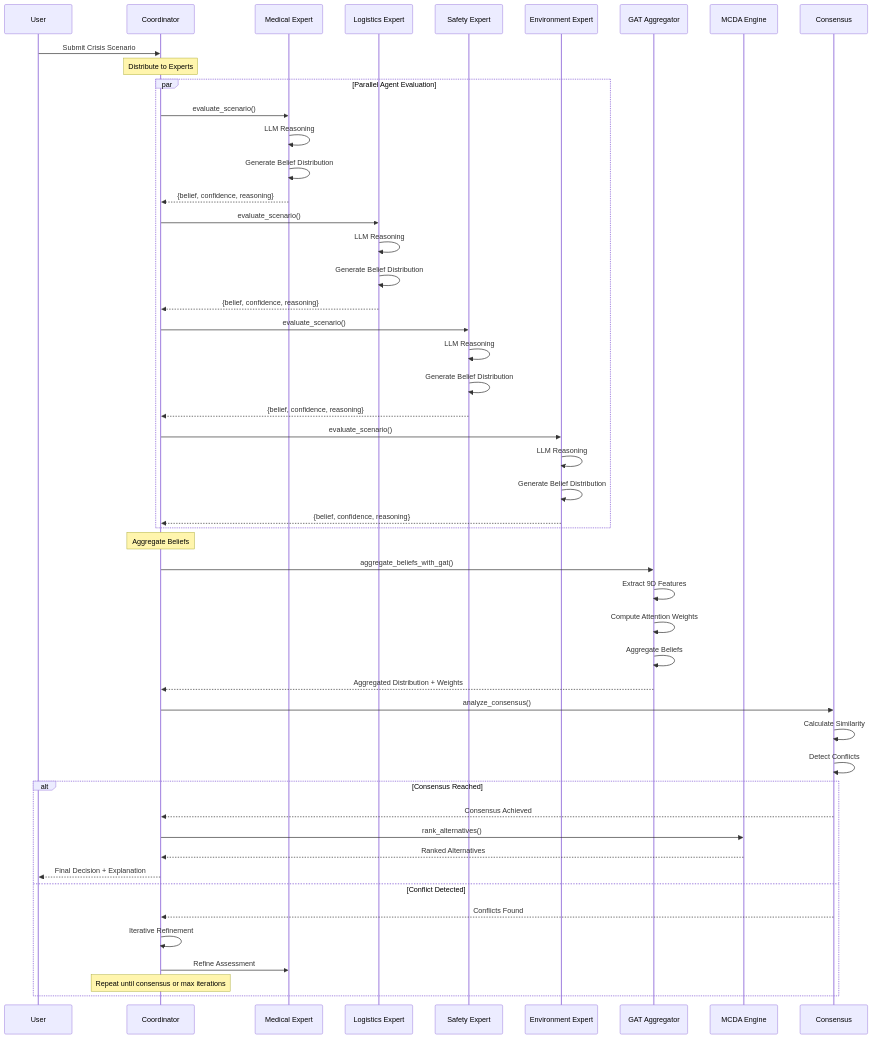
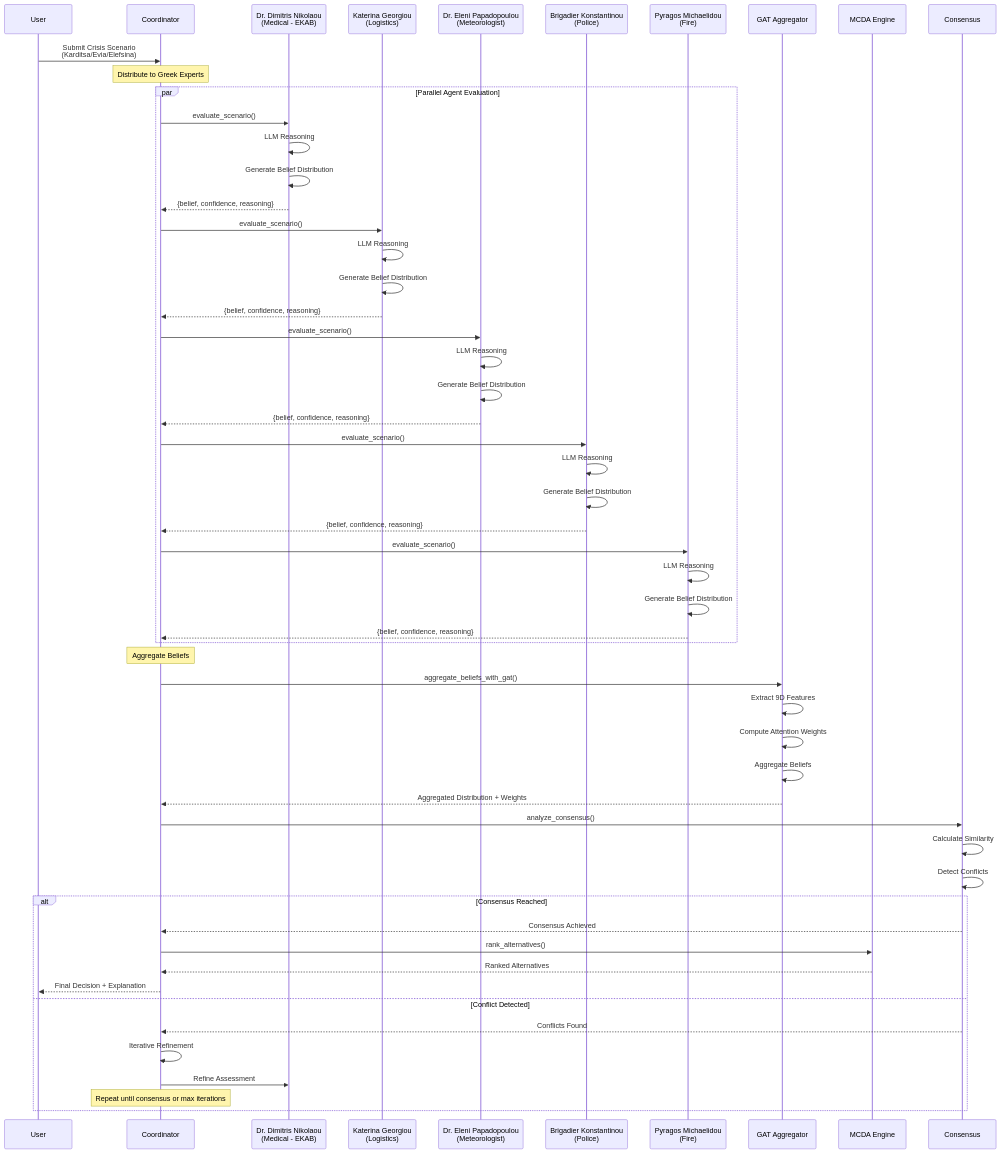
One commit to kerbgr/crisis_mas_poc changed the second of 12 diagrams in ARCHITECTURE_DIAGRAMS.md. Above: the diagram before and after it, drawn with Mermaid. The commit also changed other lines of this file, not shown here.

Commit message:
Update architecture diagrams with 13 Greek experts and Greek crisis scenarios

````diff
--- a/ARCHITECTURE_DIAGRAMS.md
+++ b/ARCHITECTURE_DIAGRAMS.md
@@ -92,62 +95,68 @@
 ```mermaid
 sequenceDiagram
     participant User
     participant Coordinator
-    participant Medical as Medical Expert
-    participant Logistics as Logistics Expert
-    participant Safety as Safety Expert
-    participant Environment as Environment Expert
+    participant Medical as Dr. Dimitris Nikolaou<br/>(Medical - EKAB)
+    participant Logistics as Katerina Georgiou<br/>(Logistics)
+    participant Meteo as Dr. Eleni Papadopoulou<br/>(Meteorologist)
+    participant Police as Brigadier Konstantinou<br/>(Police)
+    participant Fire as Pyragos Michaelidou<br/>(Fire)
     participant GAT as GAT Aggregator
     participant MCDA as MCDA Engine
     participant Consensus
 
-    User->>Coordinator: Submit Crisis Scenario
+    User->>Coordinator: Submit Crisis Scenario<br/>(Karditsa/Evia/Elefsina)
 
-    Note over Coordinator: Distribute to Experts
+    Note over Coordinator: Distribute to Greek Experts
 
     par Parallel Agent Evaluation
         Coordinator->>Medical: evaluate_scenario()
         Medical->>Medical: LLM Reasoning
         Medical->>Medical: Generate Belief Distribution
         Medical-->>Coordinator: {belief, confidence, reasoning}
 
         Coordinator->>Logistics: evaluate_scenario()
         Logistics->>Logistics: LLM Reasoning
         Logistics->>Logistics: Generate Belief Distribution
         Logistics-->>Coordinator: {belief, confidence, reasoning}
 
-        Coordinator->>Safety: evaluate_scenario()
-        Safety->>Safety: LLM Reasoning
-        Safety->>Safety: Generate Belief Distribution
-        Safety-->>Coordinator: {belief, confidence, reasoning}
+        Coordinator->>Meteo: evaluate_scenario()
+        Meteo->>Meteo: LLM Reasoning
+        Meteo->>Meteo: Generate Belief Distribution
+        Meteo-->>Coordinator: {belief, confidence, reasoning}
 
-        Coordinator->>Environment: evaluate_scenario()
-        Environment->>Environment: LLM Reasoning
-        Environment->>Environment: Generate Belief Distribution
-        Environment-->>Coordinator: {belief, confidence, reasoning}
+        Coordinator->>Police: evaluate_scenario()
+        Police->>Police: LLM Reasoning
+        Police->>Police: Generate Belief Distribution
+        Police-->>Coordinator: {belief, confidence, reasoning}
+
+        Coordinator->>Fire: evaluate_scenario()
+        Fire->>Fire: LLM Reasoning
+        Fire->>Fire: Generate Belief Distribution
+        Fire-->>Coordinator: {belief, confidence, reasoning}
     end
 
     Note over Coordinator: Aggregate Beliefs
 
     Coordinator->>GAT: aggregate_beliefs_with_gat()
     GAT->>GAT: Extract 9D Features
     GAT->>GAT: Compute Attention Weights
     GAT->>GAT: Aggregate Beliefs
     GAT-->>Coordinator: Aggregated Distribution + Weights
 
     Coordinator->>Consensus: analyze_consensus()
     Consensus->>Consensus: Calculate Similarity
     Consensus->>Consensus: Detect Conflicts
 
     alt Consensus Reached
         Consensus-->>Coordinator: Consensus Achieved
         Coordinator->>MCDA: rank_alternatives()
         MCDA-->>Coordinator: Ranked Alternatives
         Coordinator-->>User: Final Decision + Explanation
     else Conflict Detected
         Consensus-->>Coordinator: Conflicts Found
         Coordinator->>Coordinator: Iterative Refinement
         Coordinator->>Medical: Refine Assessment
         Note over Coordinator: Repeat until consensus or max iterations
     end
 ```
````
